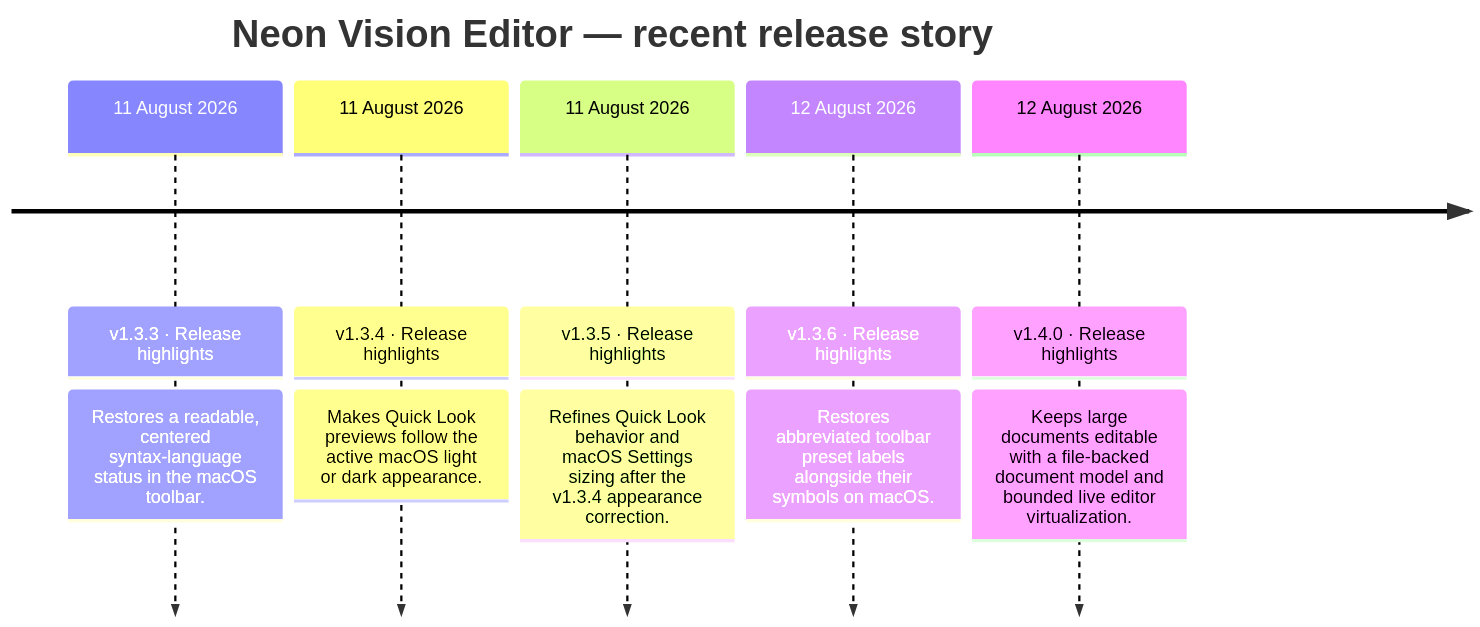
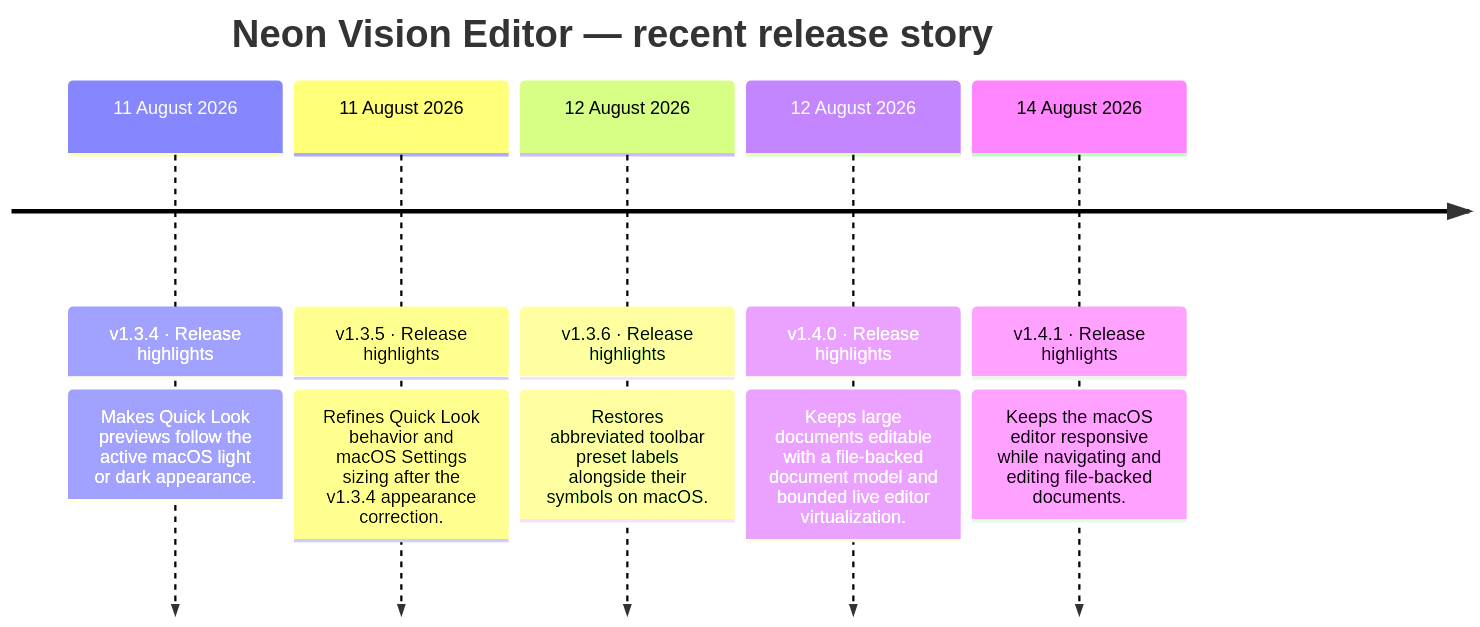
Before and after one commit to h3pdesign/Neon-Vision-Editor: the second of 2 diagrams in README.md, drawn with Mermaid. The commit also changed other lines of this file and 11 other files, not shown here.

````diff
--- a/README.md
+++ b/README.md
@@ -767,14 +779,14 @@
 ```mermaid
 timeline
     title Neon Vision Editor — recent release story
-    11 August 2026 : v1.3.3 · Release highlights
-                : Restores a readable, centered syntax-language status in the macOS toolbar.
     11 August 2026 : v1.3.4 · Release highlights
                 : Makes Quick Look previews follow the active macOS light or dark appearance.
     11 August 2026 : v1.3.5 · Release highlights
                 : Refines Quick Look behavior and macOS Settings sizing after the v1.3.4 appearance correction.
     12 August 2026 : v1.3.6 · Release highlights
                 : Restores abbreviated toolbar preset labels alongside their symbols on macOS.
     12 August 2026 : v1.4.0 · Release highlights
                 : Keeps large documents editable with a file-backed document model and bounded live editor virtualization.
+    14 August 2026 : v1.4.1 · Release highlights
+                : Keeps the macOS editor responsive while navigating and editing file-backed documents.
 ```
````
